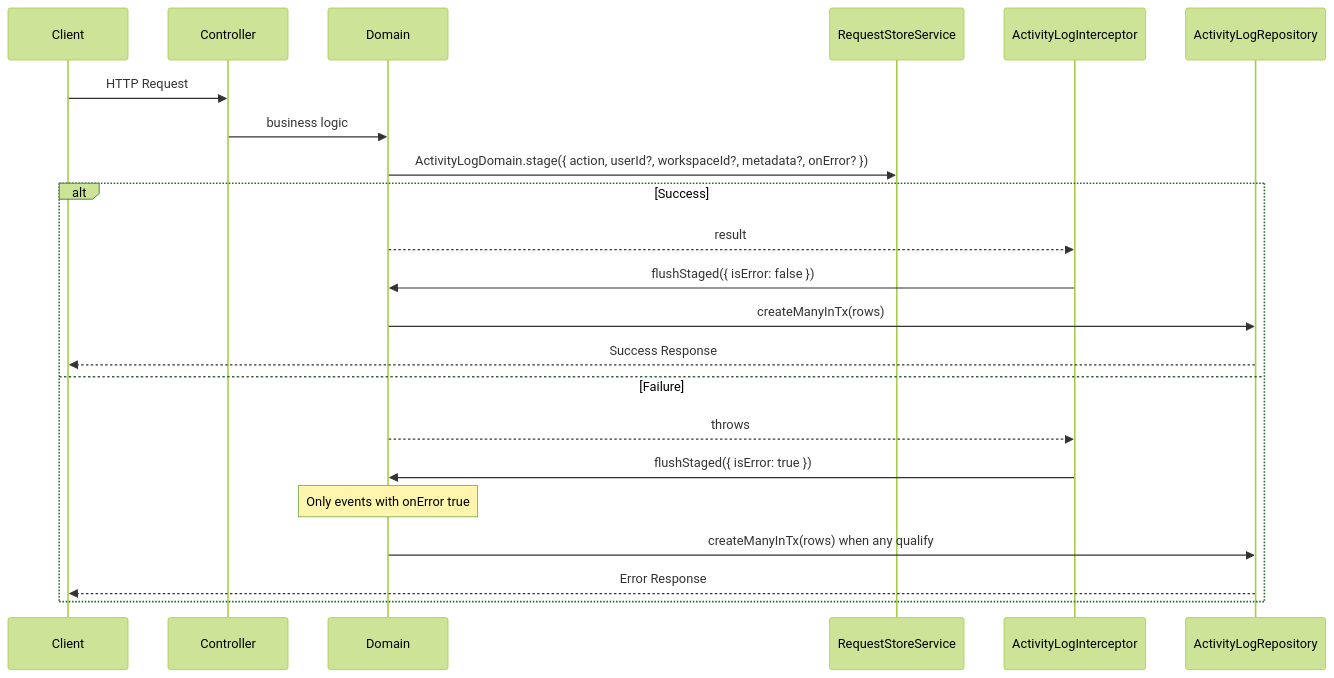
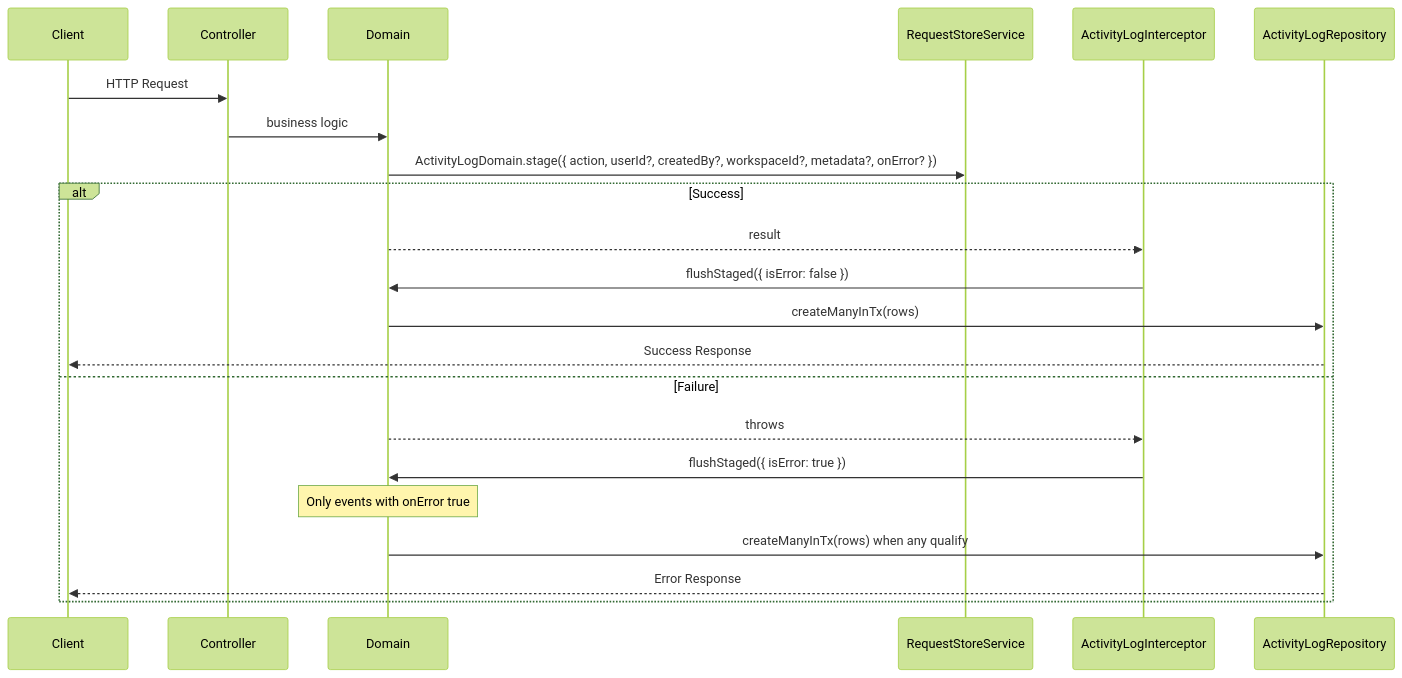
The first of 2 diagrams in docs/activity-log.md (andrechristikan/ack-nestjs-boilerplate), drawn with Mermaid (forest theme) before and after one commit. The commit also changed other lines of this file and 1013 other files, not shown here.

````diff
--- a/docs/activity-log.md
+++ b/docs/activity-log.md
@@ -62,25 +67,25 @@
 ```mermaid
 sequenceDiagram
     participant Client
     participant Controller
     participant Domain
     participant Storage as RequestStoreService
     participant Interceptor as ActivityLogInterceptor
     participant Repo as ActivityLogRepository
 
     Client->>Controller: HTTP Request
     Controller->>Domain: business logic
-    Domain->>Storage: ActivityLogDomain.stage({ action, userId?, workspaceId?, metadata?, onError? })
+    Domain->>Storage: ActivityLogDomain.stage({ action, userId?, createdBy?, workspaceId?, metadata?, onError? })
     alt Success
         Domain-->>Interceptor: result
         Interceptor->>Domain: flushStaged({ isError: false })
         Domain->>Repo: createManyInTx(rows)
         Repo-->>Client: Success Response
     else Failure
         Domain-->>Interceptor: throws
         Interceptor->>Domain: flushStaged({ isError: true })
         Note over Domain: Only events with onError true
         Domain->>Repo: createManyInTx(rows) when any qualify
         Repo-->>Client: Error Response
     end
 ```
````
